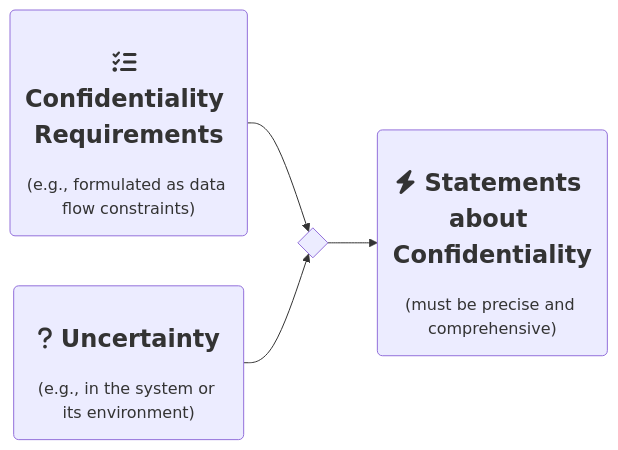
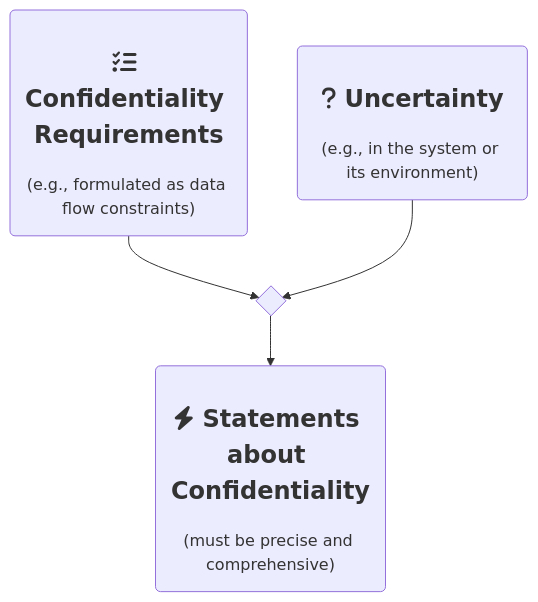
The diagram in profile/README.md (abunai-dev/.github), drawn with Mermaid before and after one commit. The commit also changed other lines of this file, not shown here.

````diff
--- a/profile/README.md
+++ b/profile/README.md
@@ -22,6 +28,6 @@
 ```mermaid
-graph LR
+graph TD
     RQ("<h2><b>fa:fa-tasks Confidentiality Requirements</b></h2>(e.g., formulated as data flow constraints)") --> intersect
     intersect --> Result("<h2><b>fa:fa-bolt Statements about Confidentiality</b></h2>(must be precise and comprehensive)")
     Uncertainty("<h2><b>fa:fa-question Uncertainty</b></h2>(e.g., in the system or its environment)") --> intersect{ }
 ```
````
